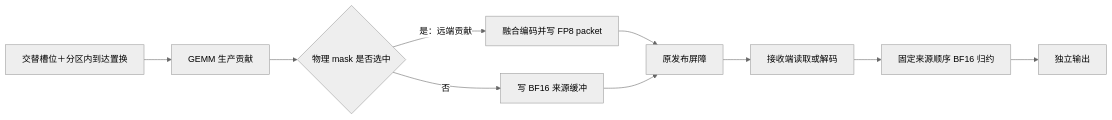
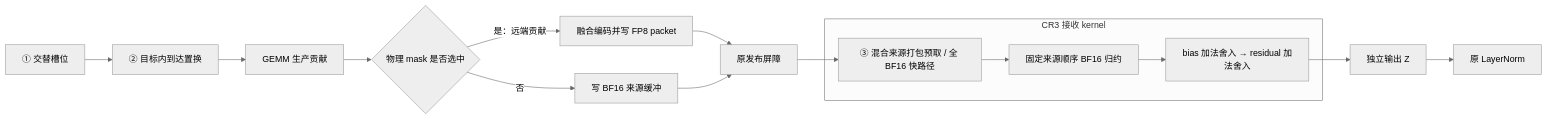
The diagram in docs/design/design-h100/idea.md (Moon-Run/TempName), drawn with Mermaid (neutral theme) before and after one commit. The commit also changed other lines of this file and 2279 other files, not shown here.

````diff
--- a/docs/design/design-h100/idea.md
+++ b/docs/design/design-h100/idea.md
@@ -277,12 +281,17 @@
 ```mermaid
 flowchart LR
-    A[交替槽位＋分区内到达置换] --> B[GEMM 生产贡献]
+    A[① 交替槽位] --> A2[② 目标内到达置换]
+    A2 --> B[GEMM 生产贡献]
     B --> C{物理 mask 是否选中}
     C -->|是：远端贡献| D[融合编码并写 FP8 packet]
     C -->|否| E[写 BF16 来源缓冲]
     D --> F[原发布屏障]
     E --> F
-    F --> G[接收端读取或解码]
-    G --> H[固定来源顺序 BF16 归约]
-    H --> I[独立输出]
+    F --> G
+    subgraph Consumer[CR3 接收 kernel]
+        G[③ 混合来源打包预取 / 全 BF16 快路径] --> H[固定来源顺序 BF16 归约]
+        H --> I[bias 加法舍入 → residual 加法舍入]
+    end
+    I --> J[独立输出 Z]
+    J --> K[原 LayerNorm]
 ```
````
